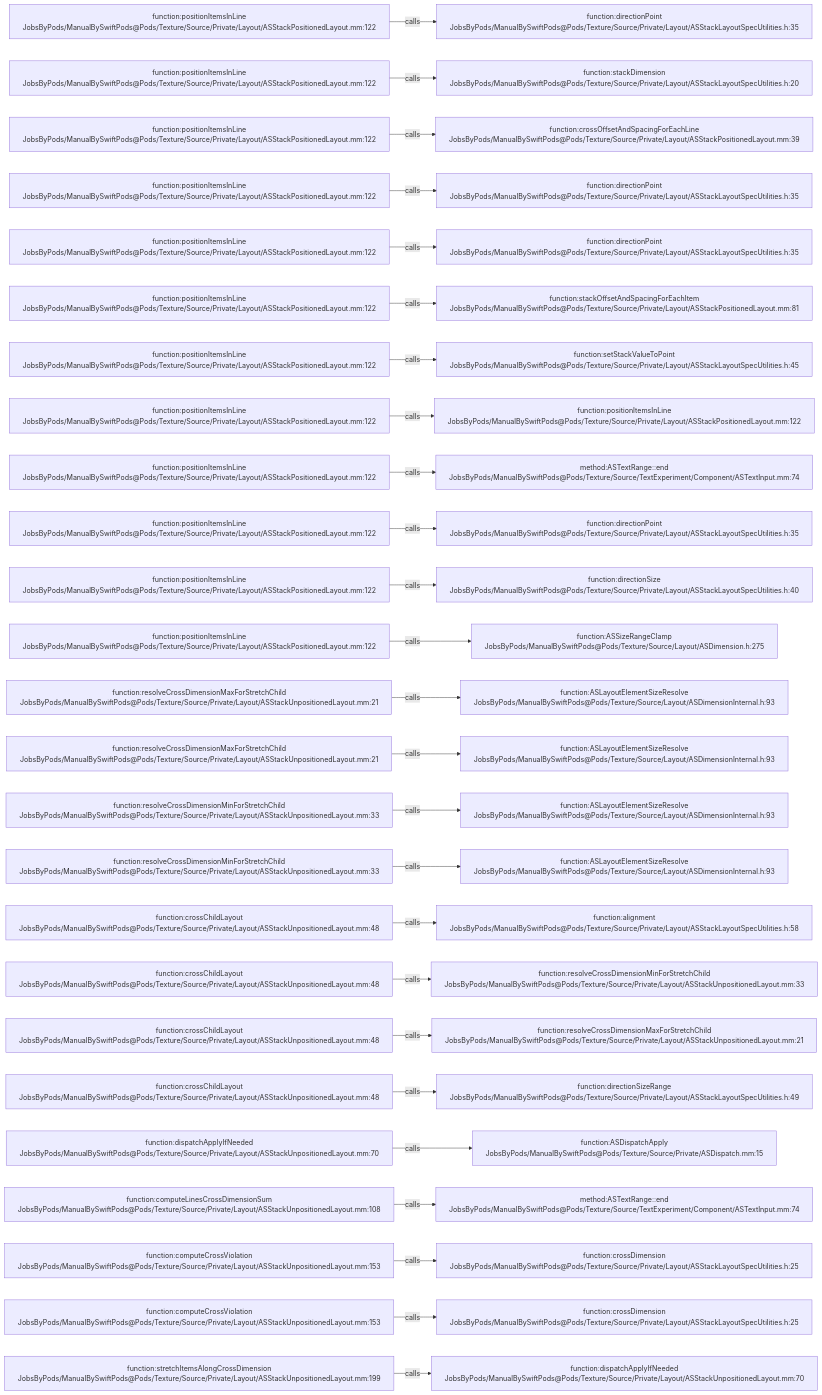
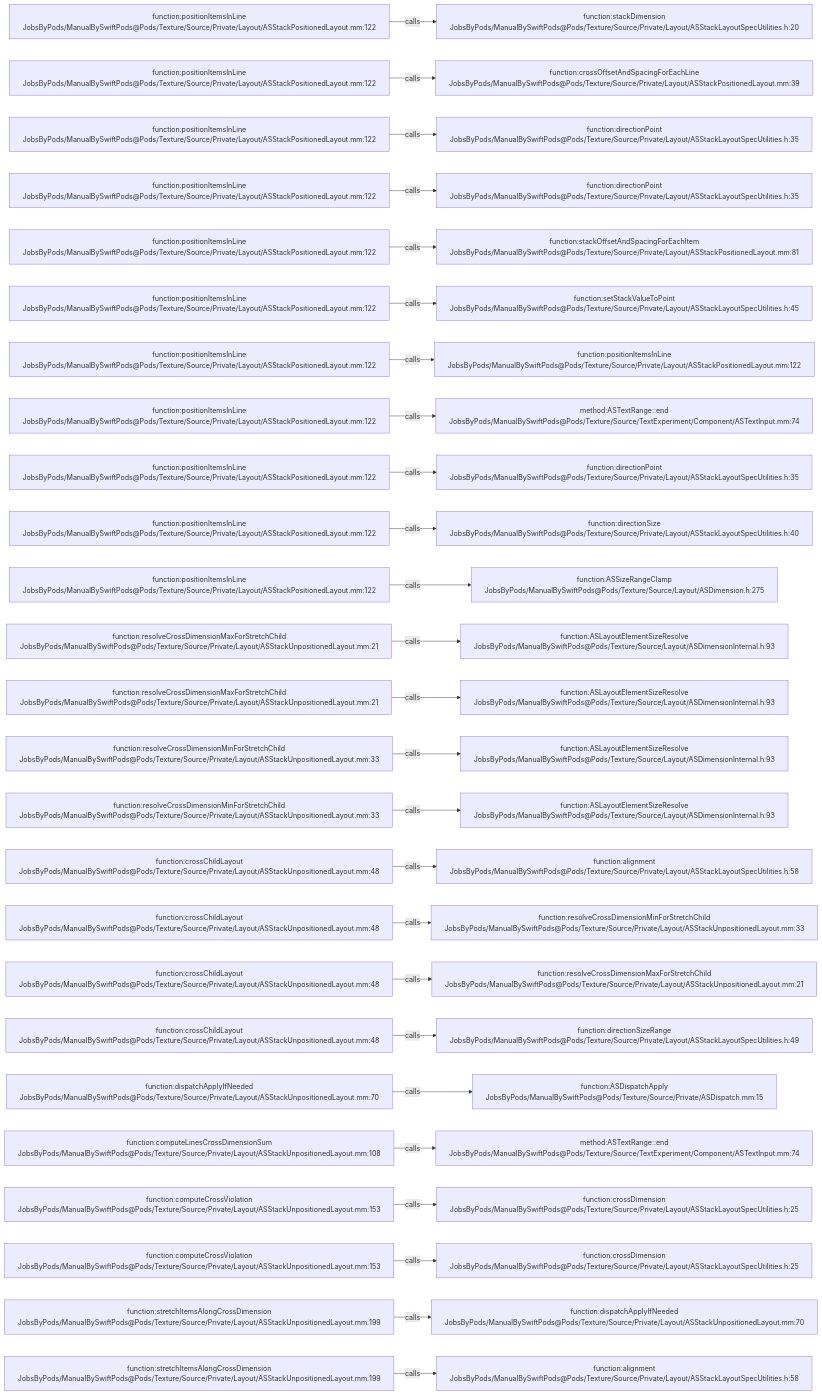
One commit to JobsKits/JobsSwiftBaseConfigDemo changed the diagram in .codegraph/codegraph.md/graphs/calls-124.md. Above: the diagram before and after it, drawn with Mermaid. The commit also changed 747 other files, not shown here.

````diff
--- a/.codegraph/codegraph.md/graphs/calls-124.md
+++ b/.codegraph/codegraph.md/graphs/calls-124.md
@@ -13,78 +13,78 @@
 ```mermaid
 flowchart LR
   S1["function:positionItemsInLine<br/>JobsByPods/ManualBySwiftPods@Pods/Texture/Source/Private/Layout/ASStackPositionedLayout.mm:122"]
-  T1["function:directionPoint<br/>JobsByPods/ManualBySwiftPods@Pods/Texture/Source/Private/Layout/ASStackLayoutSpecUtilities.h:35"]
+  T1["function:stackDimension<br/>JobsByPods/ManualBySwiftPods@Pods/Texture/Source/Private/Layout/ASStackLayoutSpecUtilities.h:20"]
   S1 -->|calls| T1
   S2["function:positionItemsInLine<br/>JobsByPods/ManualBySwiftPods@Pods/Texture/Source/Private/Layout/ASStackPositionedLayout.mm:122"]
-  T2["function:stackDimension<br/>JobsByPods/ManualBySwiftPods@Pods/Texture/Source/Private/Layout/ASStackLayoutSpecUtilities.h:20"]
+  T2["function:crossOffsetAndSpacingForEachLine<br/>JobsByPods/ManualBySwiftPods@Pods/Texture/Source/Private/Layout/ASStackPositionedLayout.mm:39"]
   S2 -->|calls| T2
   S3["function:positionItemsInLine<br/>JobsByPods/ManualBySwiftPods@Pods/Texture/Source/Private/Layout/ASStackPositionedLayout.mm:122"]
-  T3["function:crossOffsetAndSpacingForEachLine<br/>JobsByPods/ManualBySwiftPods@Pods/Texture/Source/Private/Layout/ASStackPositionedLayout.mm:39"]
+  T3["function:directionPoint<br/>JobsByPods/ManualBySwiftPods@Pods/Texture/Source/Private/Layout/ASStackLayoutSpecUtilities.h:35"]
   S3 -->|calls| T3
   S4["function:positionItemsInLine<br/>JobsByPods/ManualBySwiftPods@Pods/Texture/Source/Private/Layout/ASStackPositionedLayout.mm:122"]
   T4["function:directionPoint<br/>JobsByPods/ManualBySwiftPods@Pods/Texture/Source/Private/Layout/ASStackLayoutSpecUtilities.h:35"]
   S4 -->|calls| T4
   S5["function:positionItemsInLine<br/>JobsByPods/ManualBySwiftPods@Pods/Texture/Source/Private/Layout/ASStackPositionedLayout.mm:122"]
-  T5["function:directionPoint<br/>JobsByPods/ManualBySwiftPods@Pods/Texture/Source/Private/Layout/ASStackLayoutSpecUtilities.h:35"]
+  T5["function:stackOffsetAndSpacingForEachItem<br/>JobsByPods/ManualBySwiftPods@Pods/Texture/Source/Private/Layout/ASStackPositionedLayout.mm:81"]
   S5 -->|calls| T5
   S6["function:positionItemsInLine<br/>JobsByPods/ManualBySwiftPods@Pods/Texture/Source/Private/Layout/ASStackPositionedLayout.mm:122"]
-  T6["function:stackOffsetAndSpacingForEachItem<br/>JobsByPods/ManualBySwiftPods@Pods/Texture/Source/Private/Layout/ASStackPositionedLayout.mm:81"]
+  T6["function:setStackValueToPoint<br/>JobsByPods/ManualBySwiftPods@Pods/Texture/Source/Private/Layout/ASStackLayoutSpecUtilities.h:45"]
   S6 -->|calls| T6
   S7["function:positionItemsInLine<br/>JobsByPods/ManualBySwiftPods@Pods/Texture/Source/Private/Layout/ASStackPositionedLayout.mm:122"]
-  T7["function:setStackValueToPoint<br/>JobsByPods/ManualBySwiftPods@Pods/Texture/Source/Private/Layout/ASStackLayoutSpecUtilities.h:45"]
+  T7["function:positionItemsInLine<br/>JobsByPods/ManualBySwiftPods@Pods/Texture/Source/Private/Layout/ASStackPositionedLayout.mm:122"]
   S7 -->|calls| T7
   S8["function:positionItemsInLine<br/>JobsByPods/ManualBySwiftPods@Pods/Texture/Source/Private/Layout/ASStackPositionedLayout.mm:122"]
-  T8["function:positionItemsInLine<br/>JobsByPods/ManualBySwiftPods@Pods/Texture/Source/Private/Layout/ASStackPositionedLayout.mm:122"]
+  T8["method:ASTextRange::end<br/>JobsByPods/ManualBySwiftPods@Pods/Texture/Source/TextExperiment/Component/ASTextInput.mm:74"]
   S8 -->|calls| T8
   S9["function:positionItemsInLine<br/>JobsByPods/ManualBySwiftPods@Pods/Texture/Source/Private/Layout/ASStackPositionedLayout.mm:122"]
-  T9["method:ASTextRange::end<br/>JobsByPods/ManualBySwiftPods@Pods/Texture/Source/TextExperiment/Component/ASTextInput.mm:74"]
+  T9["function:directionPoint<br/>JobsByPods/ManualBySwiftPods@Pods/Texture/Source/Private/Layout/ASStackLayoutSpecUtilities.h:35"]
   S9 -->|calls| T9
   S10["function:positionItemsInLine<br/>JobsByPods/ManualBySwiftPods@Pods/Texture/Source/Private/Layout/ASStackPositionedLayout.mm:122"]
-  T10["function:directionPoint<br/>JobsByPods/ManualBySwiftPods@Pods/Texture/Source/Private/Layout/ASStackLayoutSpecUtilities.h:35"]
+  T10["function:directionSize<br/>JobsByPods/ManualBySwiftPods@Pods/Texture/Source/Private/Layout/ASStackLayoutSpecUtilities.h:40"]
   S10 -->|calls| T10
   S11["function:positionItemsInLine<br/>JobsByPods/ManualBySwiftPods@Pods/Texture/Source/Private/Layout/ASStackPositionedLayout.mm:122"]
-  T11["function:directionSize<br/>JobsByPods/ManualBySwiftPods@Pods/Texture/Source/Private/Layout/ASStackLayoutSpecUtilities.h:40"]
+  T11["function:ASSizeRangeClamp<br/>JobsByPods/ManualBySwiftPods@Pods/Texture/Source/Layout/ASDimension.h:275"]
   S11 -->|calls| T11
-  S12["function:positionItemsInLine<br/>JobsByPods/ManualBySwiftPods@Pods/Texture/Source/Private/Layout/ASStackPositionedLayout.mm:122"]
-  T12["function:ASSizeRangeClamp<br/>JobsByPods/ManualBySwiftPods@Pods/Texture/Source/Layout/ASDimension.h:275"]
+  S12["function:resolveCrossDimensionMaxForStretchChild<br/>JobsByPods/ManualBySwiftPods@Pods/Texture/Source/Private/Layout/ASStackUnpositionedLayout.mm:21"]
+  T12["function:ASLayoutElementSizeResolve<br/>JobsByPods/ManualBySwiftPods@Pods/Texture/Source/Layout/ASDimensionInternal.h:93"]
   S12 -->|calls| T12
   S13["function:resolveCrossDimensionMaxForStretchChild<br/>JobsByPods/ManualBySwiftPods@Pods/Texture/Source/Private/Layout/ASStackUnpositionedLayout.mm:21"]
   T13["function:ASLayoutElementSizeResolve<br/>JobsByPods/ManualBySwiftPods@Pods/Texture/Source/Layout/ASDimensionInternal.h:93"]
   S13 -->|calls| T13
-  S14["function:resolveCrossDimensionMaxForStretchChild<br/>JobsByPods/ManualBySwiftPods@Pods/Texture/Source/Private/Layout/ASStackUnpositionedLayout.mm:21"]
+  S14["function:resolveCrossDimensionMinForStretchChild<br/>JobsByPods/ManualBySwiftPods@Pods/Texture/Source/Private/Layout/ASStackUnpositionedLayout.mm:33"]
   T14["function:ASLayoutElementSizeResolve<br/>JobsByPods/ManualBySwiftPods@Pods/Texture/Source/Layout/ASDimensionInternal.h:93"]
   S14 -->|calls| T14
   S15["function:resolveCrossDimensionMinForStretchChild<br/>JobsByPods/ManualBySwiftPods@Pods/Texture/Source/Private/Layout/ASStackUnpositionedLayout.mm:33"]
   T15["function:ASLayoutElementSizeResolve<br/>JobsByPods/ManualBySwiftPods@Pods/Texture/Source/Layout/ASDimensionInternal.h:93"]
   S15 -->|calls| T15
-  S16["function:resolveCrossDimensionMinForStretchChild<br/>JobsByPods/ManualBySwiftPods@Pods/Texture/Source/Private/Layout/ASStackUnpositionedLayout.mm:33"]
-  T16["function:ASLayoutElementSizeResolve<br/>JobsByPods/ManualBySwiftPods@Pods/Texture/Source/Layout/ASDimensionInternal.h:93"]
+  S16["function:crossChildLayout<br/>JobsByPods/ManualBySwiftPods@Pods/Texture/Source/Private/Layout/ASStackUnpositionedLayout.mm:48"]
+  T16["function:alignment<br/>JobsByPods/ManualBySwiftPods@Pods/Texture/Source/Private/Layout/ASStackLayoutSpecUtilities.h:58"]
   S16 -->|calls| T16
   S17["function:crossChildLayout<br/>JobsByPods/ManualBySwiftPods@Pods/Texture/Source/Private/Layout/ASStackUnpositionedLayout.mm:48"]
-  T17["function:alignment<br/>JobsByPods/ManualBySwiftPods@Pods/Texture/Source/Private/Layout/ASStackLayoutSpecUtilities.h:58"]
+  T17["function:resolveCrossDimensionMinForStretchChild<br/>JobsByPods/ManualBySwiftPods@Pods/Texture/Source/Private/Layout/ASStackUnpositionedLayout.mm:33"]
   S17 -->|calls| T17
   S18["function:crossChildLayout<br/>JobsByPods/ManualBySwiftPods@Pods/Texture/Source/Private/Layout/ASStackUnpositionedLayout.mm:48"]
-  T18["function:resolveCrossDimensionMinForStretchChild<br/>JobsByPods/ManualBySwiftPods@Pods/Texture/Source/Private/Layout/ASStackUnpositionedLayout.mm:33"]
+  T18["function:resolveCrossDimensionMaxForStretchChild<br/>JobsByPods/ManualBySwiftPods@Pods/Texture/Source/Private/Layout/ASStackUnpositionedLayout.mm:21"]
   S18 -->|calls| T18
   S19["function:crossChildLayout<br/>JobsByPods/ManualBySwiftPods@Pods/Texture/Source/Private/Layout/ASStackUnpositionedLayout.mm:48"]
-  T19["function:resolveCrossDimensionMaxForStretchChild<br/>JobsByPods/ManualBySwiftPods@Pods/Texture/Source/Private/Layout/ASStackUnpositionedLayout.mm:21"]
+  T19["function:directionSizeRange<br/>JobsByPods/ManualBySwiftPods@Pods/Texture/Source/Private/Layout/ASStackLayoutSpecUtilities.h:49"]
   S19 -->|calls| T19
-  S20["function:crossChildLayout<br/>JobsByPods/ManualBySwiftPods@Pods/Texture/Source/Private/Layout/ASStackUnpositionedLayout.mm:48"]
-  T20["function:directionSizeRange<br/>JobsByPods/ManualBySwiftPods@Pods/Texture/Source/Private/Layout/ASStackLayoutSpecUtilities.h:49"]
+  S20["function:dispatchApplyIfNeeded<br/>JobsByPods/ManualBySwiftPods@Pods/Texture/Source/Private/Layout/ASStackUnpositionedLayout.mm:70"]
+  T20["function:ASDispatchApply<br/>JobsByPods/ManualBySwiftPods@Pods/Texture/Source/Private/ASDispatch.mm:15"]
   S20 -->|calls| T20
-  S21["function:dispatchApplyIfNeeded<br/>JobsByPods/ManualBySwiftPods@Pods/Texture/Source/Private/Layout/ASStackUnpositionedLayout.mm:70"]
-  T21["function:ASDispatchApply<br/>JobsByPods/ManualBySwiftPods@Pods/Texture/Source/Private/ASDispatch.mm:15"]
+  S21["function:computeLinesCrossDimensionSum<br/>JobsByPods/ManualBySwiftPods@Pods/Texture/Source/Private/Layout/ASStackUnpositionedLayout.mm:108"]
+  T21["method:ASTextRange::end<br/>JobsByPods/ManualBySwiftPods@Pods/Texture/Source/TextExperiment/Component/ASTextInput.mm:74"]
   S21 -->|calls| T21
-  S22["function:computeLinesCrossDimensionSum<br/>JobsByPods/ManualBySwiftPods@Pods/Texture/Source/Private/Layout/ASStackUnpositionedLayout.mm:108"]
-  T22["method:ASTextRange::end<br/>JobsByPods/ManualBySwiftPods@Pods/Texture/Source/TextExperiment/Component/ASTextInput.mm:74"]
+  S22["function:computeCrossViolation<br/>JobsByPods/ManualBySwiftPods@Pods/Texture/Source/Private/Layout/ASStackUnpositionedLayout.mm:153"]
+  T22["function:crossDimension<br/>JobsByPods/ManualBySwiftPods@Pods/Texture/Source/Private/Layout/ASStackLayoutSpecUtilities.h:25"]
   S22 -->|calls| T22
   S23["function:computeCrossViolation<br/>JobsByPods/ManualBySwiftPods@Pods/Texture/Source/Private/Layout/ASStackUnpositionedLayout.mm:153"]
   T23["function:crossDimension<br/>JobsByPods/ManualBySwiftPods@Pods/Texture/Source/Private/Layout/ASStackLayoutSpecUtilities.h:25"]
   S23 -->|calls| T23
-  S24["function:computeCrossViolation<br/>JobsByPods/ManualBySwiftPods@Pods/Texture/Source/Private/Layout/ASStackUnpositionedLayout.mm:153"]
-  T24["function:crossDimension<br/>JobsByPods/ManualBySwiftPods@Pods/Texture/Source/Private/Layout/ASStackLayoutSpecUtilities.h:25"]
+  S24["function:stretchItemsAlongCrossDimension<br/>JobsByPods/ManualBySwiftPods@Pods/Texture/Source/Private/Layout/ASStackUnpositionedLayout.mm:199"]
+  T24["function:dispatchApplyIfNeeded<br/>JobsByPods/ManualBySwiftPods@Pods/Texture/Source/Private/Layout/ASStackUnpositionedLayout.mm:70"]
   S24 -->|calls| T24
   S25["function:stretchItemsAlongCrossDimension<br/>JobsByPods/ManualBySwiftPods@Pods/Texture/Source/Private/Layout/ASStackUnpositionedLayout.mm:199"]
-  T25["function:dispatchApplyIfNeeded<br/>JobsByPods/ManualBySwiftPods@Pods/Texture/Source/Private/Layout/ASStackUnpositionedLayout.mm:70"]
+  T25["function:alignment<br/>JobsByPods/ManualBySwiftPods@Pods/Texture/Source/Private/Layout/ASStackLayoutSpecUtilities.h:58"]
   S25 -->|calls| T25
 ```
````
